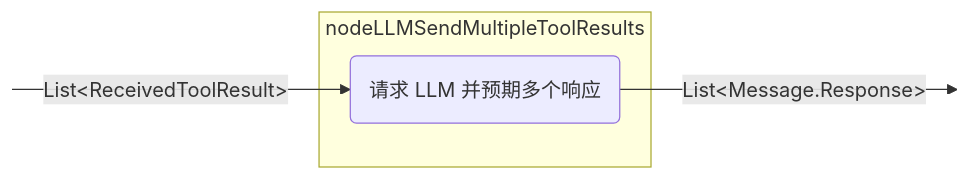
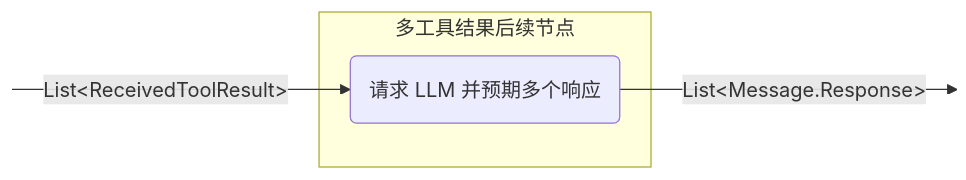
Diagram 14 of 15 in docs/koog/nodes-and-components.md (BinaryTape/Open-Docs), drawn with Mermaid before and after one commit. The commit also changed other lines of this file and 164 other files, not shown here.

````diff
--- a/docs/koog/nodes-and-components.md
+++ b/docs/koog/nodes-and-components.md
@@ -791,13 +789,13 @@
 ```mermaid
 graph LR
     in:::hidden
     out:::hidden
     
-    subgraph node ["nodeLLMSendMultipleToolResults"]
+    subgraph node ["多工具结果后续节点"]
         execute(请求 LLM 并预期多个响应)
     end
     
     in -- "List&lt;ReceivedToolResult&gt;" --> execute -- "List&lt;Message.Response&gt;" --> out
 
     classDef hidden display: none;
 ```
````
